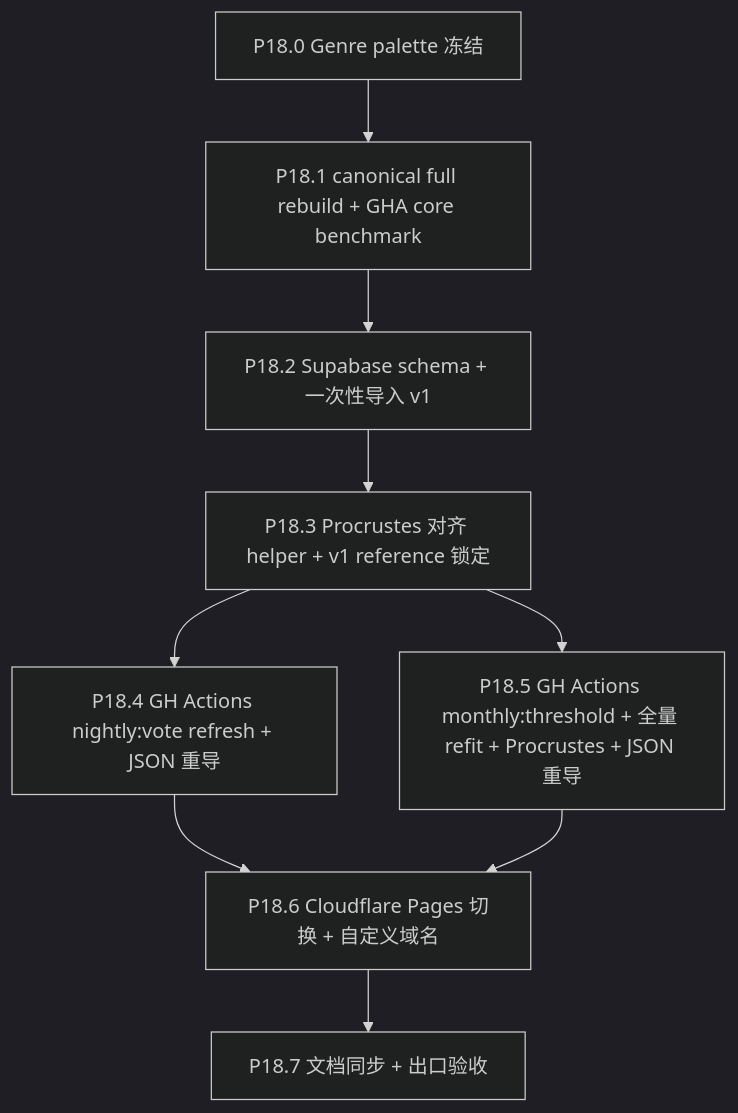
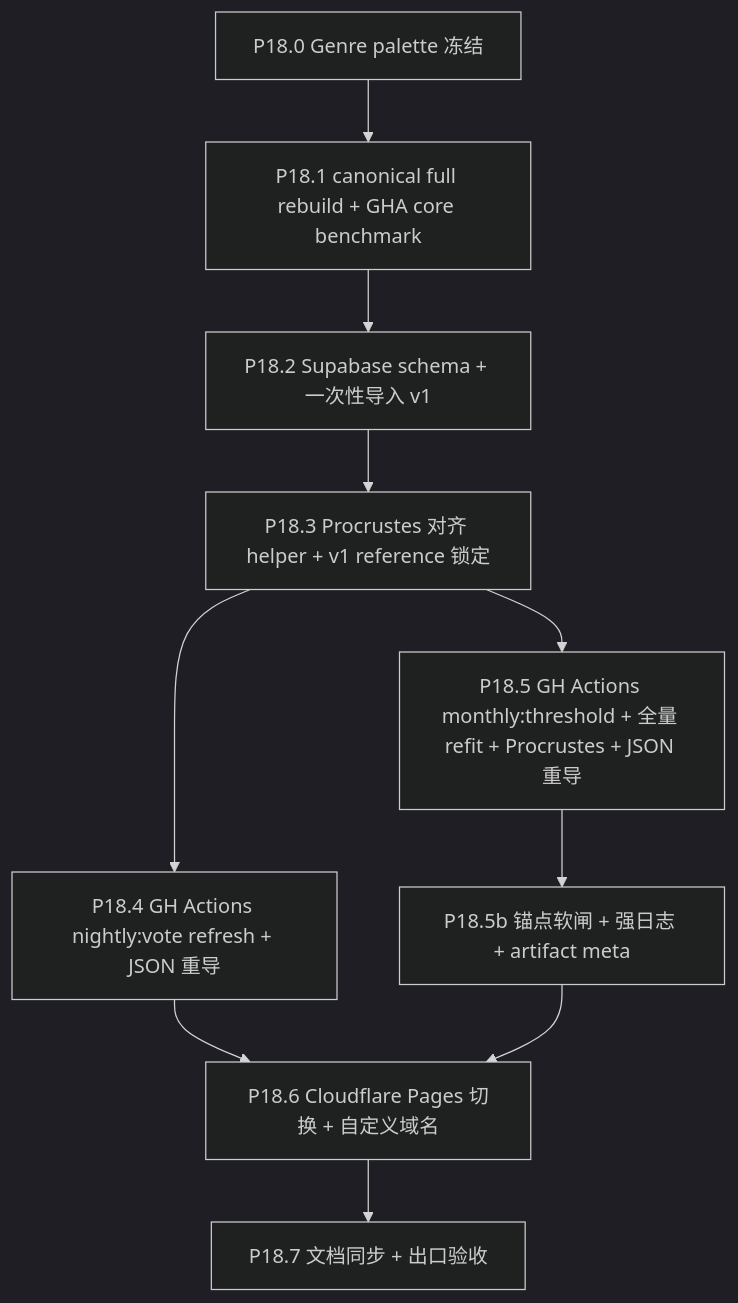
Before and after one commit to XYBuilds/chronicle_v3_3d_galaxy: the second of 2 diagrams in .cursor/plans/phase_18_data_infrastructure_9ccb7a3f.plan.md, drawn with Mermaid (dark theme). The commit also changed other lines of this file, not shown here.

````diff
--- a/.cursor/plans/phase_18_data_infrastructure_9ccb7a3f.plan.md
+++ b/.cursor/plans/phase_18_data_infrastructure_9ccb7a3f.plan.md
@@ -104,20 +107,22 @@
 ```mermaid
 flowchart TD
     P180[P18.0 Genre palette 冻结]
     P181["P18.1 canonical full rebuild + GHA core benchmark"]
     P182[P18.2 Supabase schema + 一次性导入 v1]
     P183[P18.3 Procrustes 对齐 helper + v1 reference 锁定]
     P184[P18.4 GH Actions nightly:vote refresh + JSON 重导]
     P185[P18.5 GH Actions monthly:threshold + 全量 refit + Procrustes + JSON 重导]
+    P185b[P18.5b 锚点软闸 + 强日志 + artifact meta]
     P186[P18.6 Cloudflare Pages 切换 + 自定义域名]
     P187[P18.7 文档同步 + 出口验收]
 
     P180 --> P181
     P181 --> P182
     P182 --> P183
     P183 --> P184
     P183 --> P185
+    P185 --> P185b
     P184 --> P186
-    P185 --> P186
+    P185b --> P186
     P186 --> P187
 ```
````
